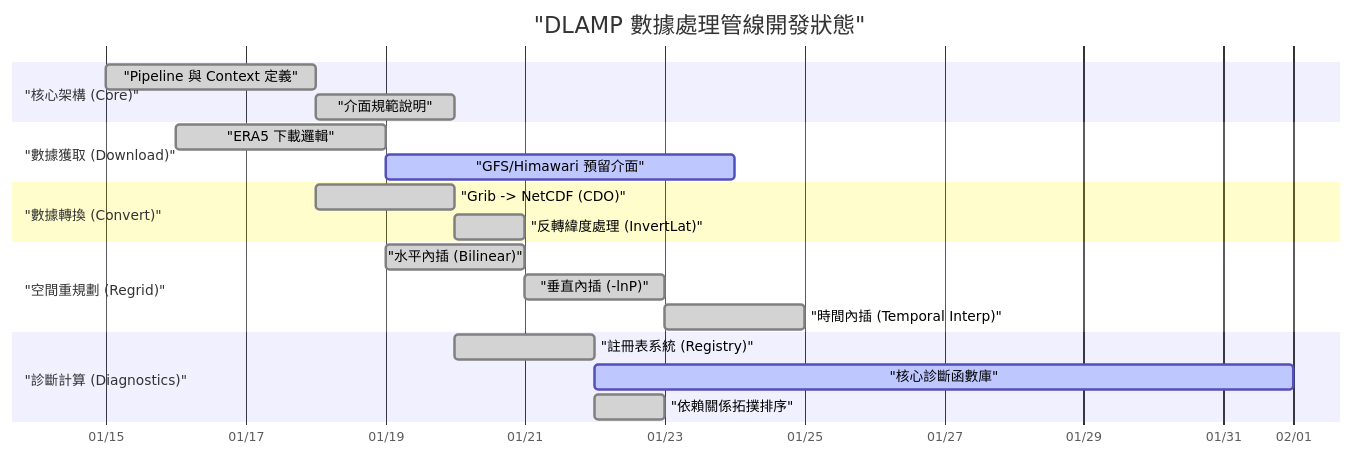
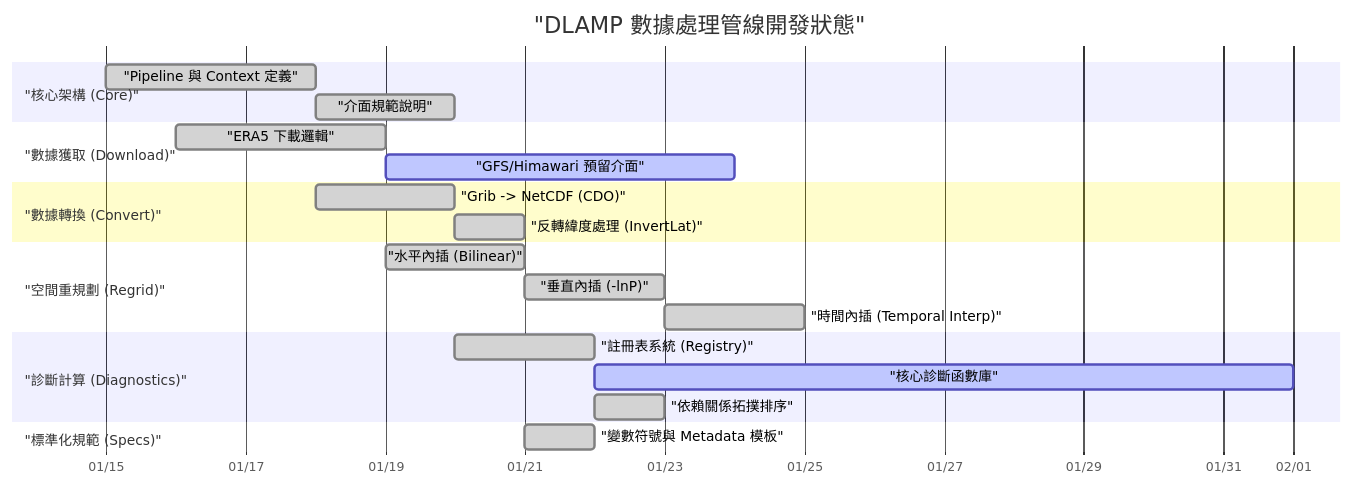
One commit to YaoChuDoSomething/DLAMP.data changed the first of 2 diagrams in oop_structure_doc.md. Above: the diagram before and after it, drawn with Mermaid. The commit also changed other lines of this file and 1 other file, not shown here.

````diff
--- a/oop_structure_doc.md
+++ b/oop_structure_doc.md
@@ -57,29 +64,32 @@
 ```mermaid
 gantt
     title "DLAMP 數據處理管線開發狀態"
     dateFormat YYYY-MM-DD
     axisFormat %m/%d
 
     section "核心架構 (Core)"
     "Pipeline 與 Context 定義"       :done, core1, 2026-01-15, 3d
     "介面規範說明"                 :done, core2, after core1, 2d
 
     section "數據獲取 (Download)"
     "ERA5 下載邏輯"                :done, dl1, 2026-01-16, 3d
     "GFS/Himawari 預留介面"        :active, dl2, after dl1, 5d
 
     section "數據轉換 (Convert)"
     "Grib -> NetCDF (CDO)"       :done, conv1, 2026-01-18, 2d
     "反轉緯度處理 (InvertLat)"     :done, conv2, after conv1, 1d
 
     section "空間重規劃 (Regrid)"
     "水平內插 (Bilinear)"         :done, rg1, 2026-01-19, 2d
     "垂直內插 (-lnP)"             :done, rg2, after rg1, 2d
     "時間內插 (Temporal Interp)"  :done, rg3, after rg2, 2d
 
     section "診斷計算 (Diagnostics)"
     "註冊表系統 (Registry)"        :done, diag1, 2026-01-20, 2d
     "核心診斷函數庫"               :active, diag2, after diag1, 10d
     "依賴關係拓撲排序"             :done, diag3, after diag1, 1d
+
+    section "標準化規範 (Specs)"
+    "變數符號與 Metadata 模板"     :done, spec1, 2026-01-21, 1d
     
 ```
````
